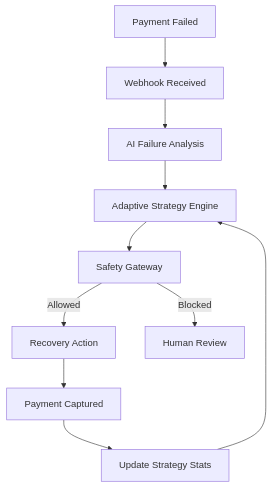
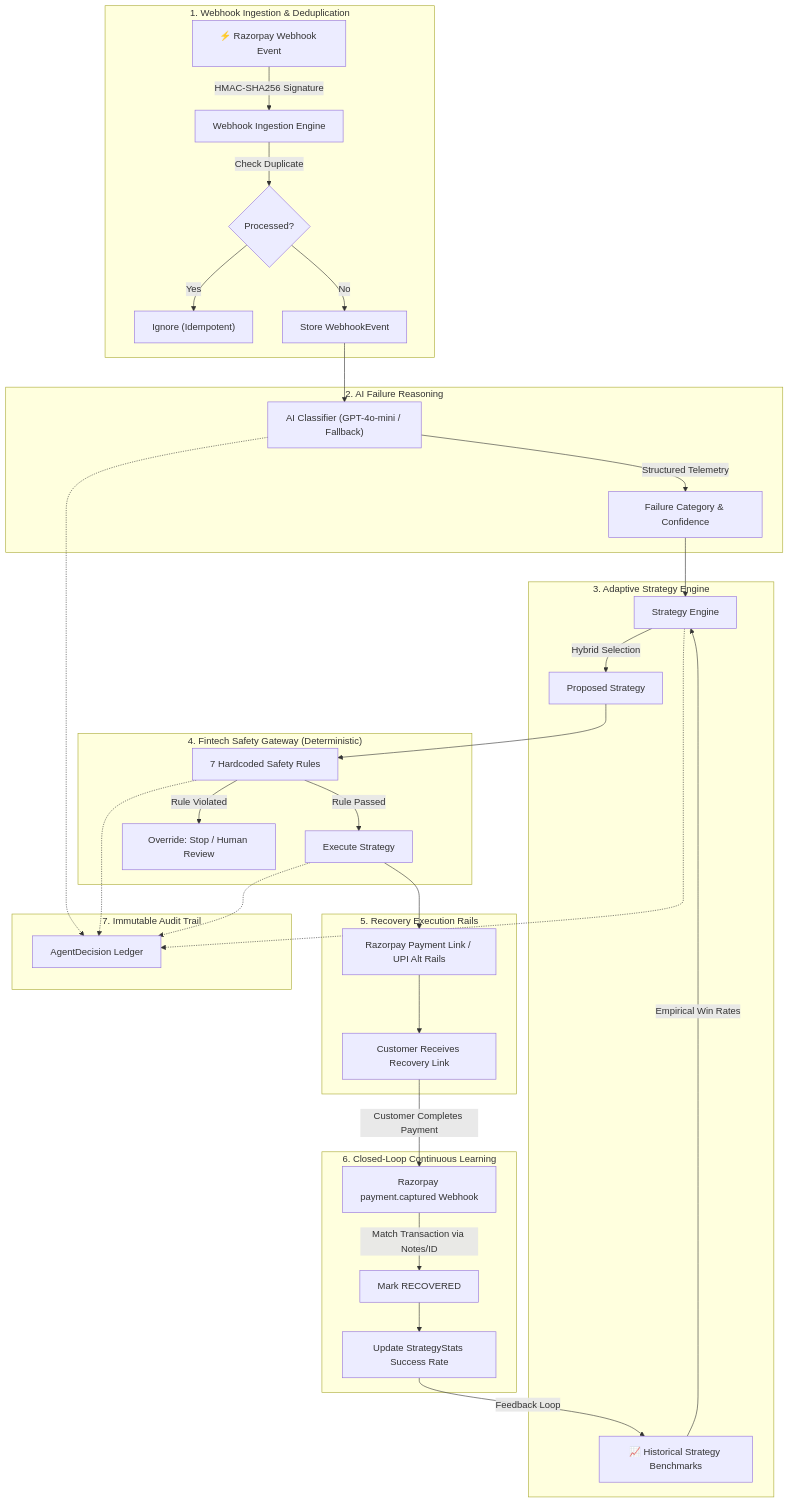
The diagram in README.md (karthickvel123/Auto-training-revenue-recovering-ai-model), drawn with Mermaid before and after one commit. The commit also changed other lines of this file and 24 other files, not shown here.

First line of the commit message:
feat: complete hackathon upgrade to production-grade revenue recovery agent

````diff
--- a/README.md
+++ b/README.md
@@ -19,12 +42,45 @@
 ```mermaid
 flowchart TD
-    A["Payment Failed"] --> B["Webhook Received"]
-    B --> C["AI Failure Analysis"]
-    C --> D["Adaptive Strategy Engine"]
-    D --> E["Safety Gateway"]
-    E -->|Allowed| F["Recovery Action"]
-    E -->|Blocked| G["Human Review"]
-    F --> H["Payment Captured"]
-    H --> I["Update Strategy Stats"]
-    I --> D
+    subgraph Ingestion ["1. Webhook Ingestion & Deduplication"]
+        A["⚡ Razorpay Webhook Event"] -->|HMAC-SHA256 Signature| B["Webhook Ingestion Engine"]
+        B -->|Check Duplicate| C{"Processed?"}
+        C -->|Yes| D["Ignore (Idempotent)"]
+        C -->|No| E["Store WebhookEvent"]
+    end
+
+    subgraph Intelligence ["2. AI Failure Reasoning"]
+        E --> F["AI Classifier (GPT-4o-mini / Fallback)"]
+        F -->|Structured Telemetry| G["Failure Category & Confidence"]
+    end
+
+    subgraph StrategySelection ["3. Adaptive Strategy Engine"]
+        G --> H["Strategy Engine"]
+        HistoricalStats["📈 Historical Strategy Benchmarks"] -->|Empirical Win Rates| H
+        H -->|Hybrid Selection| I["Proposed Strategy"]
+    end
+
+    subgraph SafetyGate ["4. Fintech Safety Gateway (Deterministic)"]
+        I --> J["7 Hardcoded Safety Rules"]
+        J -->|Rule Passed| K["Execute Strategy"]
+        J -->|Rule Violated| L["Override: Stop / Human Review"]
+    end
+
+    subgraph Execution ["5. Recovery Execution Rails"]
+        K --> M["Razorpay Payment Link / UPI Alt Rails"]
+        M --> N["Customer Receives Recovery Link"]
+    end
+
+    subgraph ClosedLoop ["6. Closed-Loop Continuous Learning"]
+        N -->|Customer Completes Payment| O["Razorpay payment.captured Webhook"]
+        O -->|Match Transaction via Notes/ID| P["Mark RECOVERED"]
+        P --> Q["Update StrategyStats Success Rate"]
+        Q -->|Feedback Loop| HistoricalStats
+    end
+
+    subgraph Audit ["7. Immutable Audit Trail"]
+        F -.-> AuditLog["AgentDecision Ledger"]
+        H -.-> AuditLog
+        J -.-> AuditLog
+        K -.-> AuditLog
+    end
 ```
````
